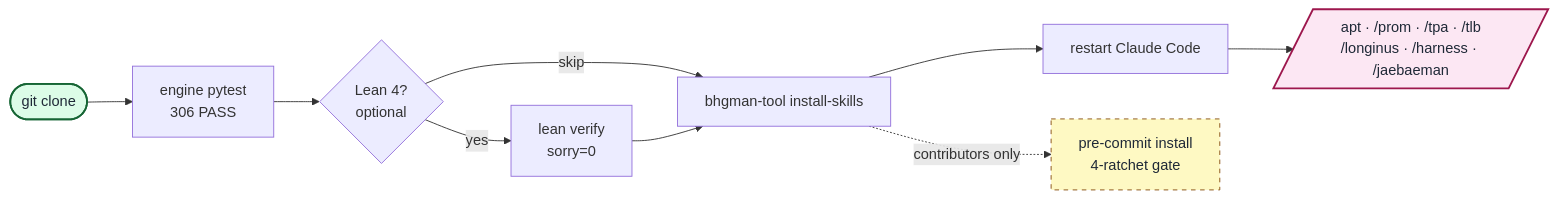
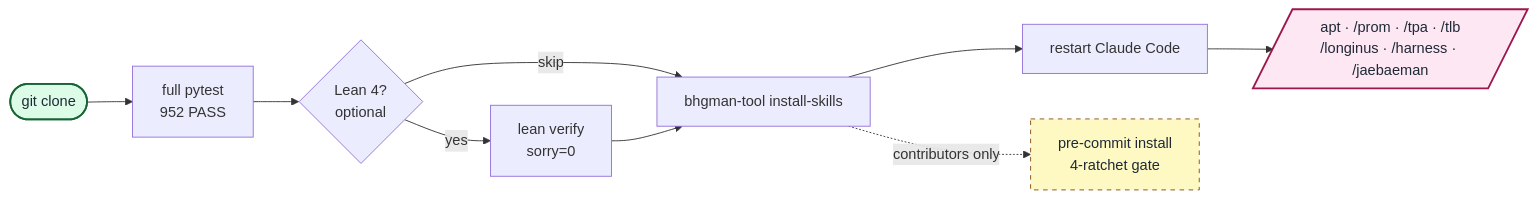
Before and after one commit to gj3447/bhgman_tool: the diagram in README.md, drawn with Mermaid. The commit also changed other lines of this file and 2 other files, not shown here.

First line of the commit message:
docs(readme): fix reproduction commands that fail on a clean clone

````diff
--- a/README.md
+++ b/README.md
@@ -139,18 +137,18 @@
 ```mermaid
 flowchart LR
-    A([git clone]) --> B[engine pytest<br/>306 PASS]
+    A([git clone]) --> B[full pytest<br/>952 PASS]
     B --> C{Lean 4?<br/>optional}
     C -- yes --> D[lean verify<br/>sorry=0]
     C -- skip --> E[bhgman-tool install-skills]
     D --> E
     E --> F[restart Claude Code]
     F --> G[/apt · /prom · /tpa · /tlb<br/>/longinus · /harness · /jaebaeman/]
     E -. contributors only .-> H[pre-commit install<br/>4-ratchet gate]
 
     classDef startNode fill:#dcfce7,stroke:#166534,stroke-width:2px,color:#1f2937
     classDef endNode fill:#fce7f3,stroke:#9d174d,stroke-width:2px,color:#1f2937
     classDef optNode fill:#fef9c3,stroke:#854d0e,stroke-width:1px,stroke-dasharray:5 5,color:#1f2937
     class A startNode
     class G endNode
     class H optNode
 ```
````
